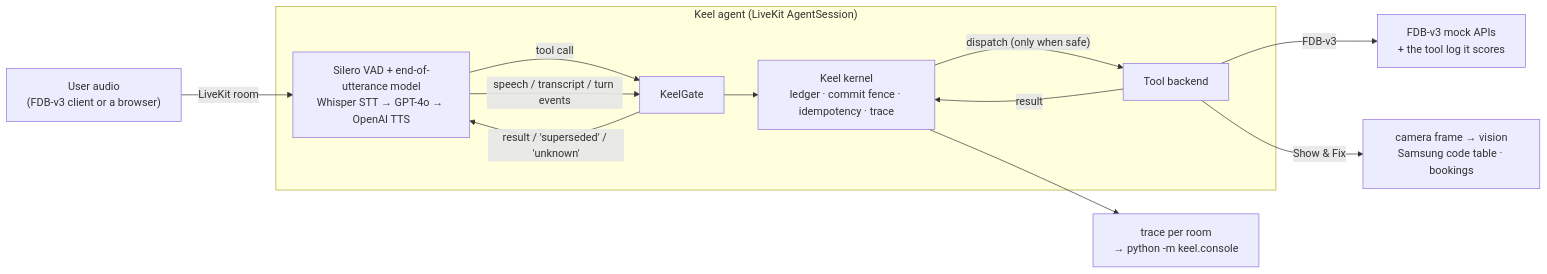
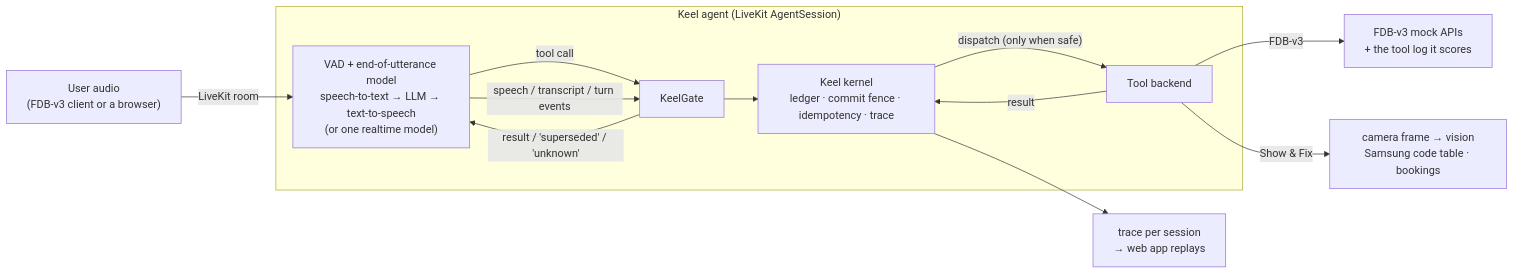
The diagram in README.md (PROSTLE/samsung), drawn with Mermaid before and after one commit. The commit also changed other lines of this file and 4 other files, not shown here.

````diff
--- a/README.md
+++ b/README.md
@@ -47,16 +68,16 @@
 ```mermaid
 flowchart LR
     U["User audio\n(FDB-v3 client or a browser)"] -->|LiveKit room| S
     subgraph Agent["Keel agent (LiveKit AgentSession)"]
-        S["Silero VAD + end-of-utterance model\nWhisper STT → GPT-4o → OpenAI TTS"]
+        S["VAD + end-of-utterance model\nspeech-to-text → LLM → text-to-speech\n(or one realtime model)"]
         S -- "tool call" --> G["KeelGate"]
         S -- "speech / transcript / turn events" --> G
         G --> K["Keel kernel\nledger · commit fence · idempotency · trace"]
         K -- "dispatch (only when safe)" --> X["Tool backend"]
         X -- result --> K
         G -- "result / 'superseded' / 'unknown'" --> S
     end
     X -->|FDB-v3| M["FDB-v3 mock APIs\n+ the tool log it scores"]
     X -->|Show & Fix| V["camera frame → vision\nSamsung code table · bookings"]
-    K --> T["trace per room\n→ python -m keel.console"]
+    K --> T["trace per session\n→ web app replays"]
 ```
````
